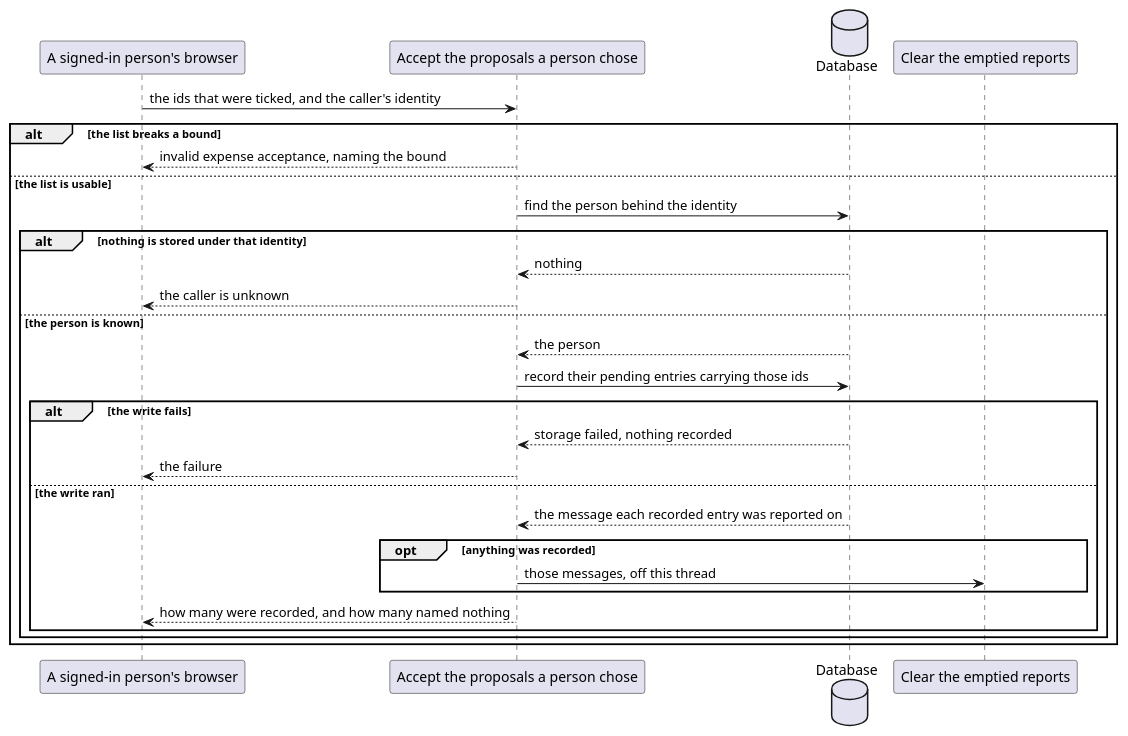
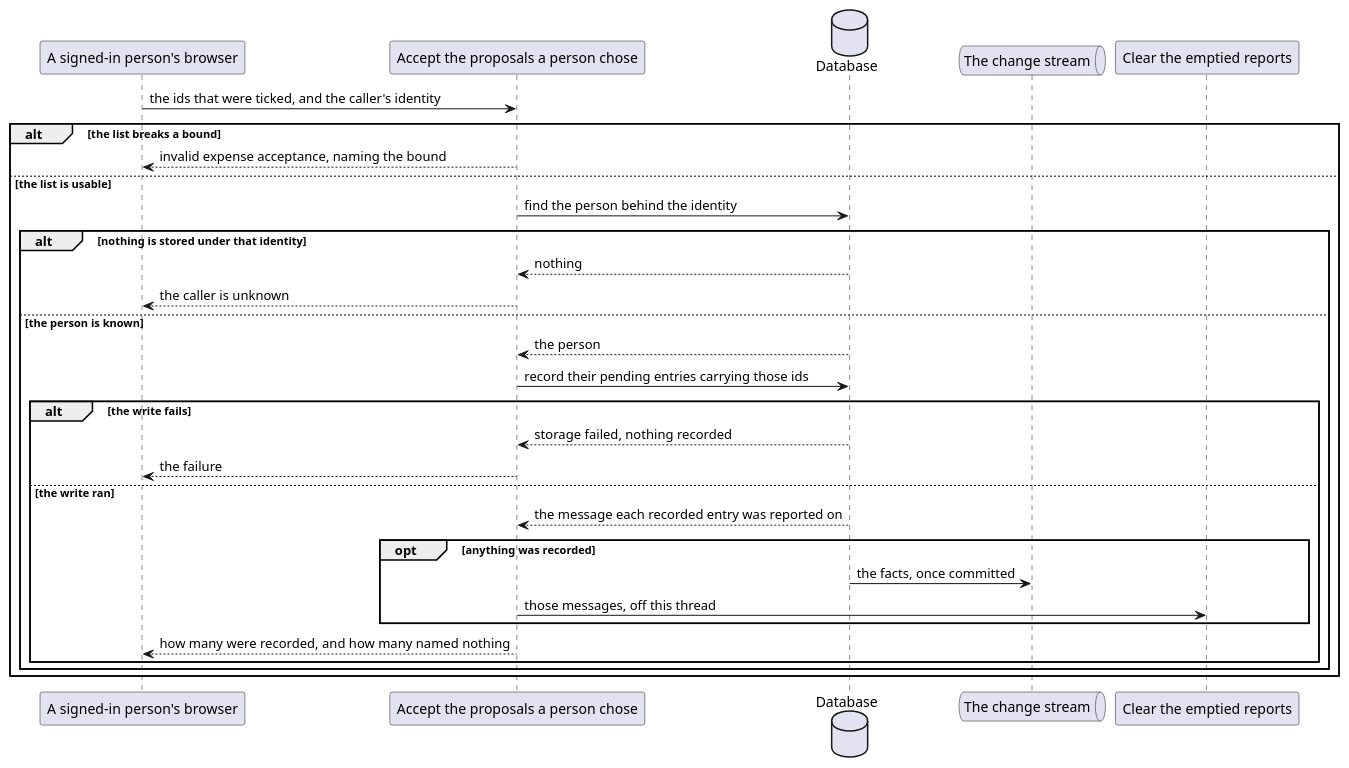
One commit to ds-usova/finance-bot changed the second of 2 diagrams in ledger-service/docs/usecases/accept-chosen-proposals.md. Above: the diagram before and after it, drawn with PlantUML. The commit also changed other lines of this file and 13 other files, not shown here.

````diff
--- a/ledger-service/docs/usecases/accept-chosen-proposals.md
+++ b/ledger-service/docs/usecases/accept-chosen-proposals.md
@@ -94,33 +95,35 @@
 ```plantuml
 @startuml AcceptChosenProposals-Sequence
 participant "A signed-in person's browser" as Web
 participant "Accept the proposals a person chose" as UC
 database "Database" as DB
+queue "The change stream" as Stream
 participant "Clear the emptied reports" as Clearing
 
 Web -> UC : the ids that were ticked, and the caller's identity
 
 alt the list breaks a bound
   UC --> Web : invalid expense acceptance, naming the bound
 else the list is usable
   UC -> DB : find the person behind the identity
   alt nothing is stored under that identity
     DB --> UC : nothing
     UC --> Web : the caller is unknown
   else the person is known
     DB --> UC : the person
     UC -> DB : record their pending entries carrying those ids
     alt the write fails
       DB --> UC : storage failed, nothing recorded
       UC --> Web : the failure
     else the write ran
       DB --> UC : the message each recorded entry was reported on
       opt anything was recorded
+        DB -> Stream : the facts, once committed
         UC -> Clearing : those messages, off this thread
       end
       UC --> Web : how many were recorded, and how many named nothing
     end
   end
 end
 @enduml
 ```
````
